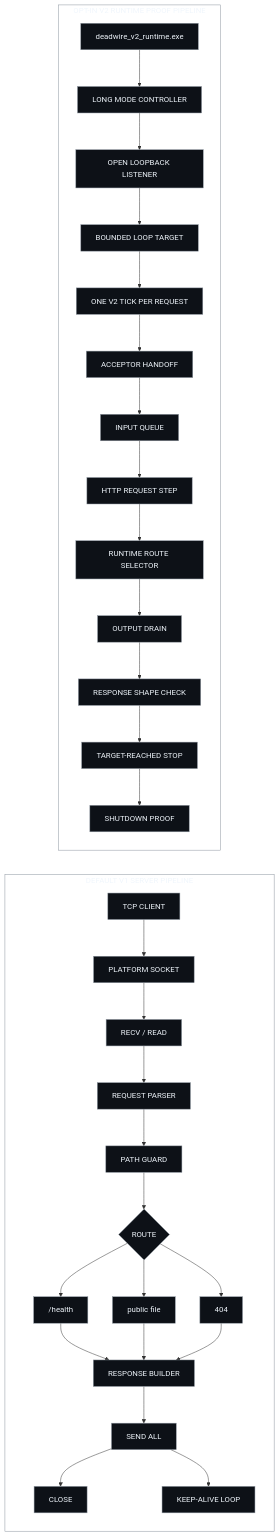
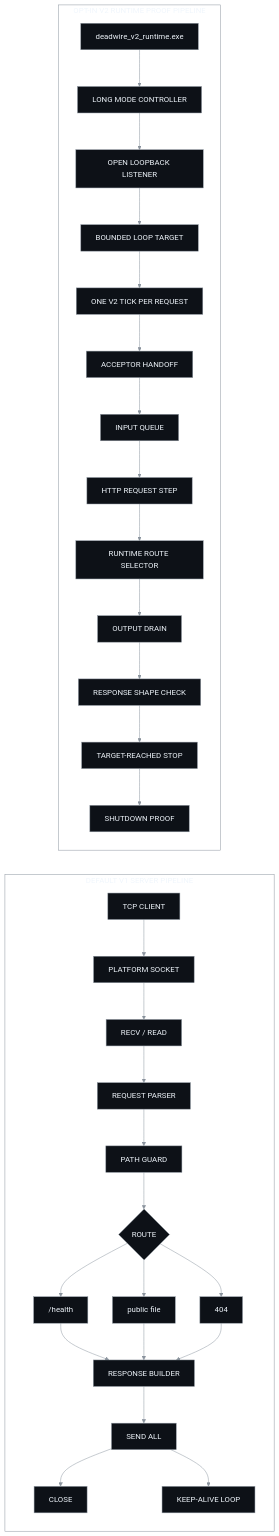
The diagram in README.md (Deadbytes101/DEADWIRE-HTTPD), drawn with Mermaid before and after one commit.

Commit message:
docs: force transparent mermaid groups

````diff
--- a/README.md
+++ b/README.md
@@ -35,41 +35,42 @@
 ```mermaid
+%%{init: {"theme": "base", "themeVariables": {"background": "transparent", "mainBkg": "transparent", "clusterBkg": "transparent", "clusterBorder": "#8b949e", "primaryColor": "#0d1117", "primaryTextColor": "#f0f6fc", "primaryBorderColor": "#8b949e", "lineColor": "#8b949e", "fontFamily": "monospace"}}}%%
 flowchart LR
     subgraph V1["DEFAULT V1 SERVER PIPELINE"]
         CLIENT["TCP CLIENT"] --> SOCKET["PLATFORM SOCKET"]
         SOCKET --> RECV["RECV / READ"]
         RECV --> PARSE["REQUEST PARSER"]
         PARSE --> GUARD["PATH GUARD"]
         GUARD --> ROUTE{"ROUTE"}
         ROUTE --> HEALTH["/health"]
         ROUTE --> STATIC["public file"]
         ROUTE --> MISS["404"]
         HEALTH --> RESPONSE["RESPONSE BUILDER"]
         STATIC --> RESPONSE
         MISS --> RESPONSE
         RESPONSE --> SEND["SEND ALL"]
         SEND --> CLOSE["CLOSE"]
         SEND --> LOOP["KEEP-ALIVE LOOP"]
     end
 
     subgraph V2["OPT-IN V2 RUNTIME PROOF PIPELINE"]
         V2BOOT["deadwire_v2_runtime.exe"] --> V2LONG["LONG MODE CONTROLLER"]
         V2LONG --> V2LIVE["OPEN LOOPBACK LISTENER"]
         V2LIVE --> V2COUNT["BOUNDED LOOP TARGET"]
         V2COUNT --> V2TICK["ONE V2 TICK PER REQUEST"]
         V2TICK --> V2ACCEPT["ACCEPTOR HANDOFF"]
         V2ACCEPT --> V2QUEUE["INPUT QUEUE"]
         V2QUEUE --> V2HTTP["HTTP REQUEST STEP"]
         V2HTTP --> V2ROUTE["RUNTIME ROUTE SELECTOR"]
         V2ROUTE --> V2OUT["OUTPUT DRAIN"]
         V2OUT --> V2CHECK["RESPONSE SHAPE CHECK"]
         V2CHECK --> V2STOP["TARGET-REACHED STOP"]
         V2STOP --> V2SHUT["SHUTDOWN PROOF"]
     end
 
     classDef node fill:#0d1117,stroke:#8b949e,color:#f0f6fc
     class CLIENT,SOCKET,RECV,PARSE,GUARD,HEALTH,STATIC,MISS,RESPONSE,SEND,CLOSE,LOOP node
     class V2BOOT,V2LONG,V2LIVE,V2COUNT,V2TICK,V2ACCEPT,V2QUEUE,V2HTTP,V2ROUTE,V2OUT,V2CHECK,V2STOP,V2SHUT node
     class ROUTE node
-    style V1 fill:transparent,stroke:#8b949e,color:#f0f6fc
-    style V2 fill:transparent,stroke:#8b949e,color:#f0f6fc
+    style V1 fill:none,stroke:#8b949e,color:#f0f6fc
+    style V2 fill:none,stroke:#8b949e,color:#f0f6fc
 ```
````
